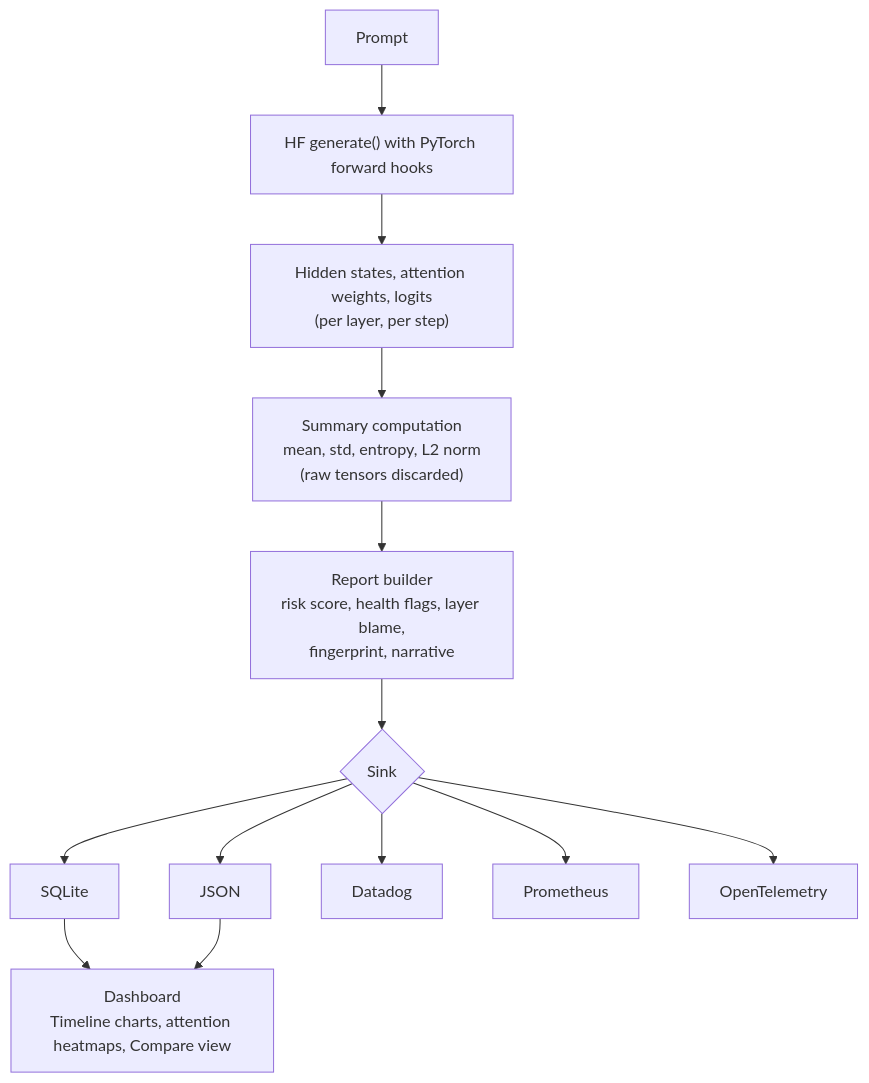
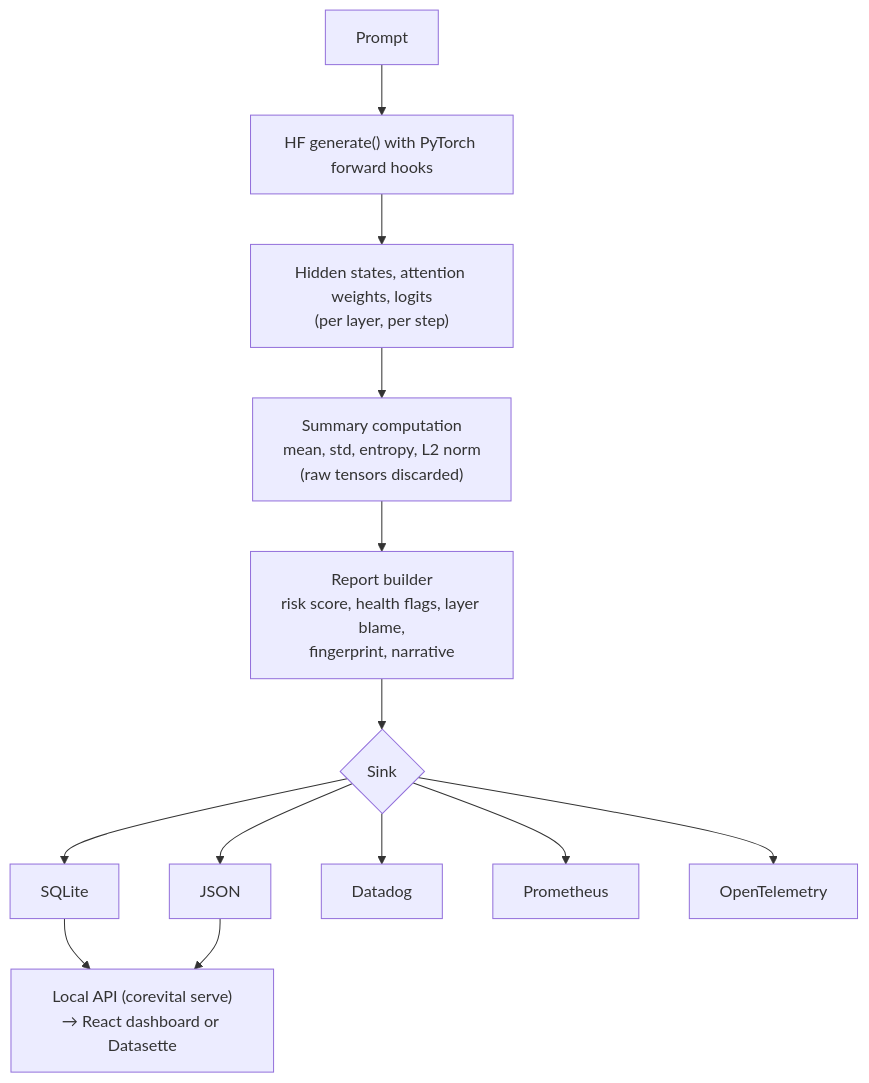
The diagram in README.md (Joe-b-20/CoreVital), drawn with Mermaid before and after one commit. The commit also changed other lines of this file and 40 other files, not shown here.

````diff
--- a/README.md
+++ b/README.md
@@ -74,15 +70,15 @@
 ```mermaid
 flowchart TD
     A[Prompt] --> B["HF generate() with PyTorch forward hooks"]
     B --> C["Hidden states, attention weights, logits\n(per layer, per step)"]
     C --> D["Summary computation\nmean, std, entropy, L2 norm\n(raw tensors discarded)"]
     D --> E["Report builder\nrisk score, health flags, layer blame,\nfingerprint, narrative"]
     E --> F{Sink}
     F --> G[SQLite]
     F --> H[JSON]
     F --> I[Datadog]
     F --> J[Prometheus]
     F --> K[OpenTelemetry]
-    G --> L["Dashboard\nTimeline charts, attention heatmaps, Compare view"]
+    G --> L["Local API (corevital serve)\n→ React dashboard or Datasette"]
     H --> L
 ```
````
